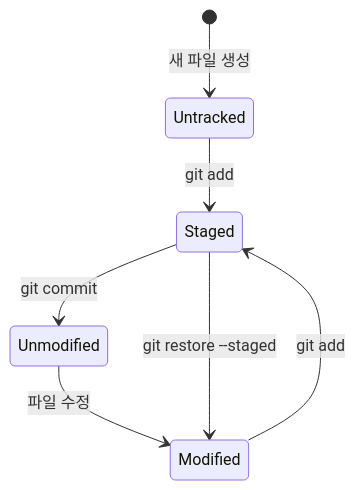
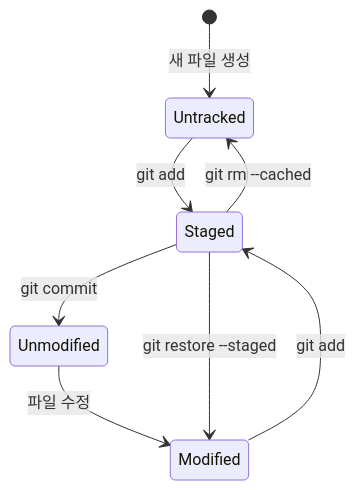
The diagram in docs/lecture/02-local-repository.md (qus0in-factory/learn), drawn with Mermaid before and after one commit. The commit also changed other lines of this file and 15 other files, not shown here.

````diff
--- a/docs/lecture/02-local-repository.md
+++ b/docs/lecture/02-local-repository.md
@@ -30,9 +30,10 @@
 ```mermaid
 stateDiagram-v2
     [*] --> Untracked: 새 파일 생성
     Untracked --> Staged: git add
     Unmodified --> Modified: 파일 수정
     Modified --> Staged: git add
     Staged --> Unmodified: git commit
     Staged --> Modified: git restore --staged
+    Staged --> Untracked: git rm --cached
 ```
````
